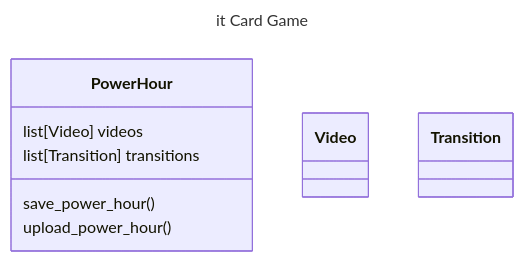
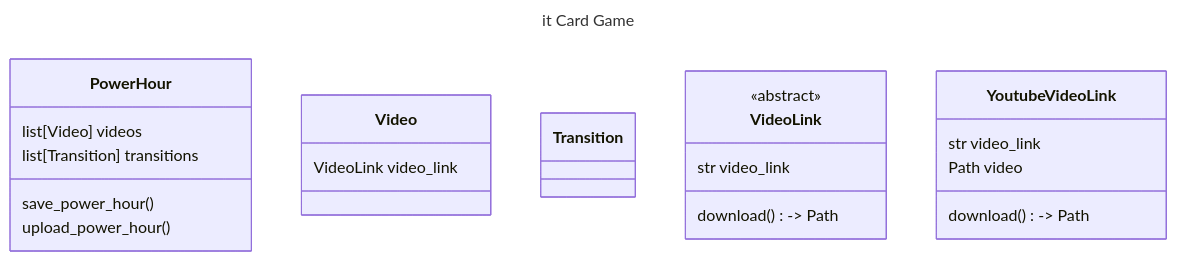
Before and after one commit to tjander3/PowerHourDownloader: the diagram in class-diagram.md, drawn with Mermaid.

Commit message:
add in link classes

```diff
--- a/class-diagram.md
+++ b/class-diagram.md
@@ -13,11 +13,25 @@
     }
 
     class Video {
-
+        VideoLink video_link
     }
 
     class Transition {
 
+    }
+
+    class VideoLink {
+        <<abstract>>
+        str video_link
+
+        download() -> Path
+    }
+
+    class YoutubeVideoLink {
+        str video_link
+        Path video
+
+        download() -> Path
     }
 
 %%
```
